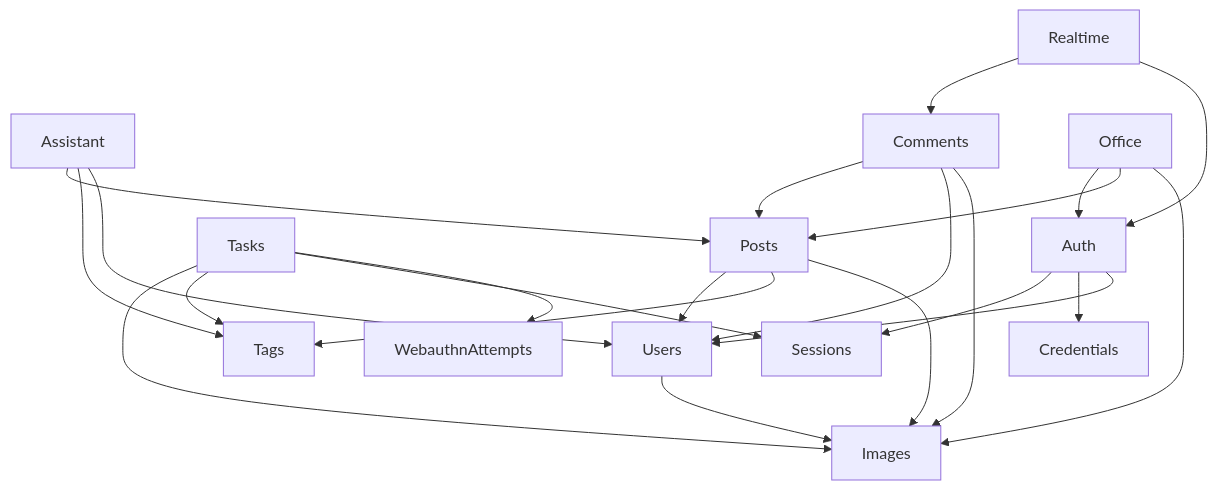
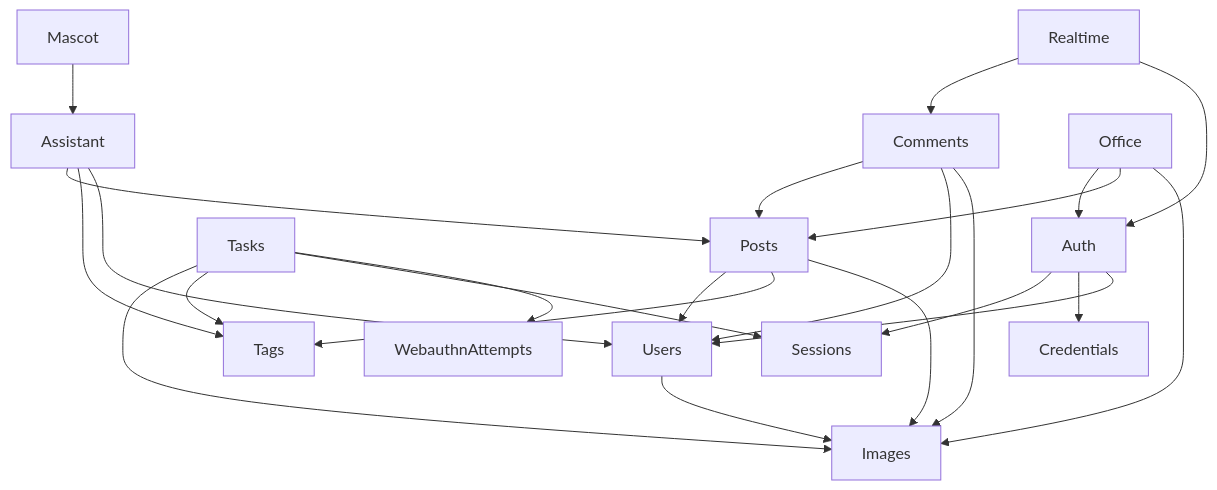
One commit to MOFO556/nuxt-blog changed the third of 3 diagrams in docs/architecture/relations-map.md. Above: the diagram before and after it, drawn with Mermaid. The commit also changed other lines of this file and 61 other files, not shown here.

Commit message:
feature: Home page and assistant mascot. Runner mini-game

````diff
--- a/docs/architecture/relations-map.md
+++ b/docs/architecture/relations-map.md
@@ -141,25 +141,26 @@
 ```mermaid
 flowchart TB
   Auth --> Sessions
   Auth --> Credentials
   Auth --> Users
   Users --> Images
   Posts --> Users
   Posts --> Tags
   Posts --> Images
   Assistant --> Posts
   Assistant --> Tags
   Assistant --> Users
   Comments --> Posts
   Comments --> Users
   Comments --> Images
   Office --> Auth
   Office --> Posts
   Office --> Images
+  Mascot --> Assistant
   Realtime --> Comments
   Realtime --> Auth
   Tasks --> Images
   Tasks --> Tags
   Tasks --> Sessions
   Tasks --> WebauthnAttempts
 ```
````
